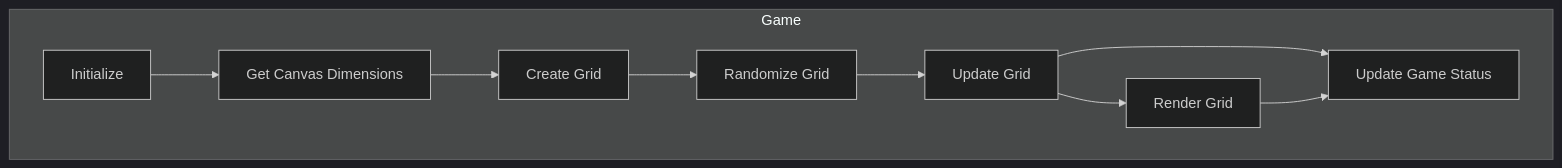
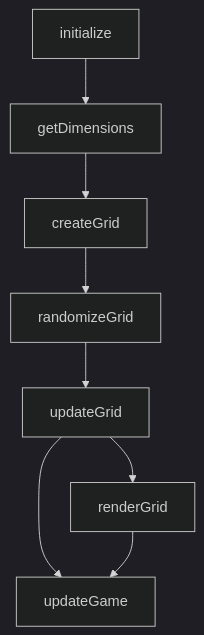
The diagram in docs/README.md (gamurigm/Game_of_Life), drawn with Mermaid (dark theme) before and after one commit.

````diff
--- a/docs/README.md
+++ b/docs/README.md
@@ -102,20 +102,10 @@
 ```mermaid 
 flowchart TB
-    subgraph Game 
-        initialize[Initialize]
-        getDimensions[Get Canvas Dimensions]
-        createGrid[Create Grid]
-        randomizeGrid[Randomize Grid]
-        updateGrid[Update Grid]
-        renderGrid[Render Grid]
-        updateGame[Update Game Status]
-    end
-
     initialize --> getDimensions
     getDimensions --> createGrid
     createGrid --> randomizeGrid
     randomizeGrid --> updateGrid
     updateGrid --> renderGrid
     updateGrid --> updateGame
     renderGrid --> updateGame
 ```
````
